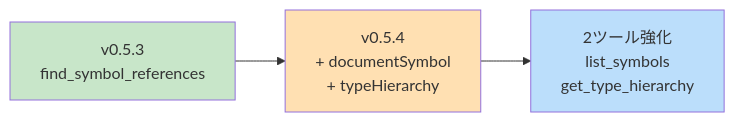
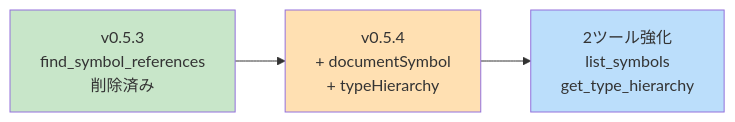
Diagram 26 of 27 in project/main/design/DES-103_Tool_Implementation_Design.md (BlueEventHorizon/Swift-Selena), drawn with Mermaid before and after one commit. The commit also changed other lines of this file and 16 other files, not shown here.

````diff
--- a/project/main/design/DES-103_Tool_Implementation_Design.md
+++ b/project/main/design/DES-103_Tool_Implementation_Design.md
@@ -861,13 +861,13 @@
 ```mermaid
 graph LR
-    V53[v0.5.3<br/>find_symbol_references]
+    V53[v0.5.3<br/>find_symbol_references<br/>削除済み]
     V54[v0.5.4<br/>+ documentSymbol<br/>+ typeHierarchy]
     Enhanced[2ツール強化<br/>list_symbols<br/>get_type_hierarchy]
 
     V53 --> V54
     V54 --> Enhanced
 
     style V53 fill:#c8e6c9
     style V54 fill:#ffe0b2
     style Enhanced fill:#bbdefb
 ```
````
